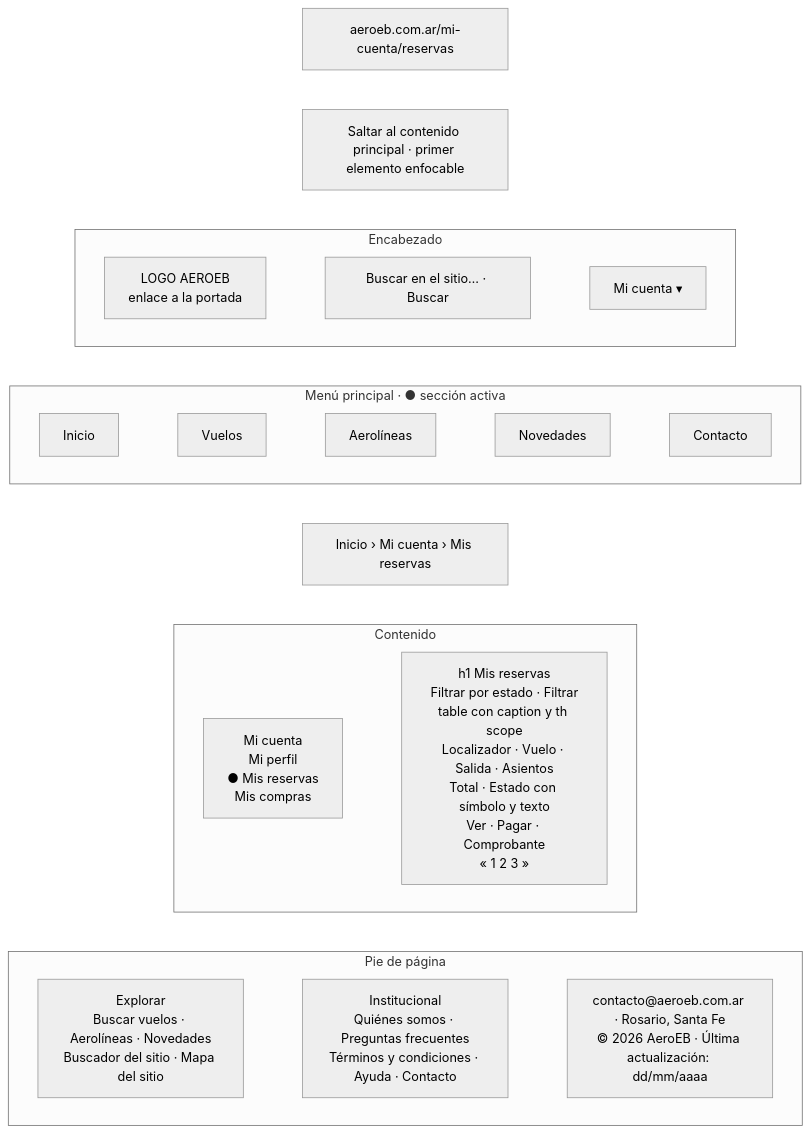
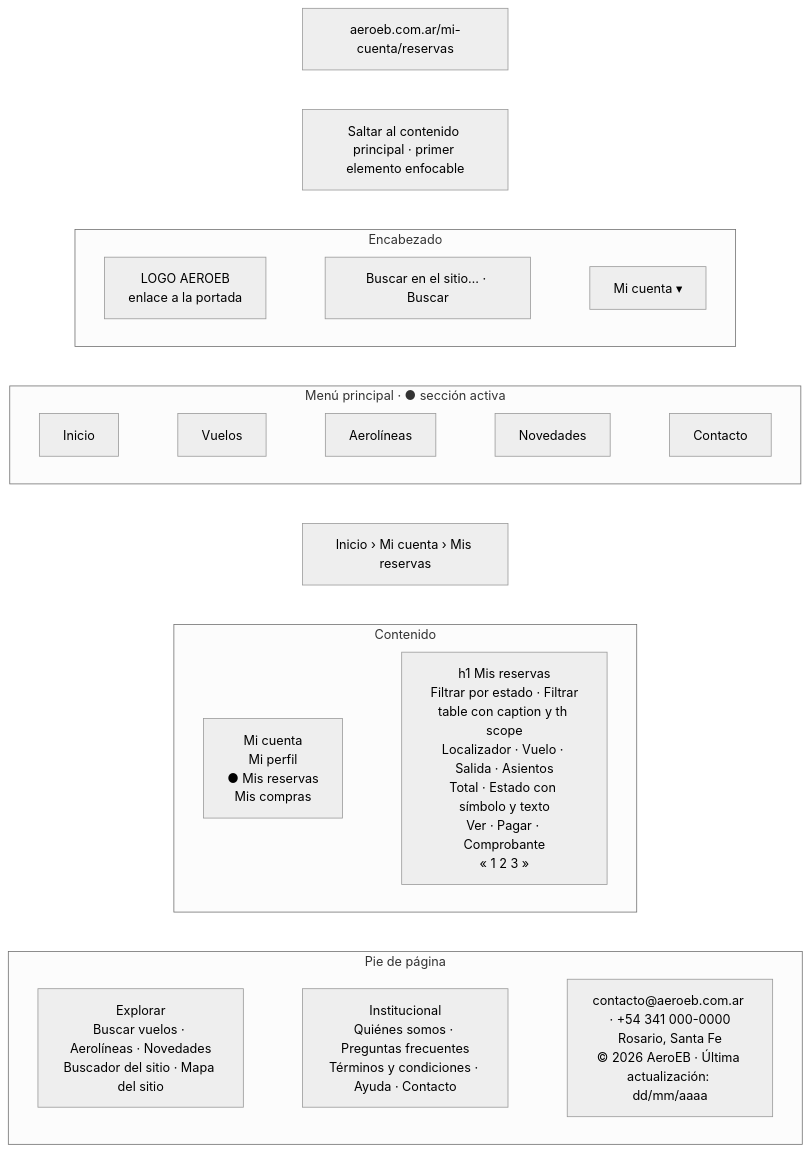
The eighth of 12 diagrams in docs/bocetos/01-wireframes/README.md (tizimessina/entornos-graficos-messina-costantini-burgos-beccaria), drawn with Mermaid before and after one commit. The commit also changed other lines of this file and 16 other files, not shown here.

````diff
--- a/docs/bocetos/01-wireframes/README.md
+++ b/docs/bocetos/01-wireframes/README.md
@@ -289,24 +289,24 @@
 ```mermaid
 %%{init: {'theme': 'neutral'}}%%
 flowchart TB
     url["aeroeb.com.ar/mi-cuenta/reservas"]
     salto["Saltar al contenido principal · primer elemento enfocable"]
     subgraph enc["Encabezado"]
         direction LR
         logo["LOGO AEROEB<br/>enlace a la portada"] ~~~ buscador["Buscar en el sitio… · Buscar"] ~~~ cuenta["Mi cuenta ▾"]
     end
     subgraph menu["Menú principal · ● sección activa"]
         direction LR
         m0["Inicio"] ~~~ m1["Vuelos"] ~~~ m2["Aerolíneas"] ~~~ m3["Novedades"] ~~~ m4["Contacto"]
     end
     migas["Inicio › Mi cuenta › Mis reservas"]
     subgraph cont["Contenido"]
         direction LR
         lateral["Mi cuenta<br/>Mi perfil<br/>● Mis reservas<br/>Mis compras"] ~~~ main["h1 Mis reservas<br/>Filtrar por estado · Filtrar<br/>table con caption y th scope<br/>Localizador · Vuelo · Salida · Asientos<br/>Total · Estado con símbolo y texto<br/>Ver · Pagar · Comprobante<br/>« 1 2 3 »"]
     end
     subgraph pie["Pie de página"]
         direction LR
-        explorar["Explorar<br/>Buscar vuelos · Aerolíneas · Novedades<br/>Buscador del sitio · Mapa del sitio"] ~~~ institucional["Institucional<br/>Quiénes somos · Preguntas frecuentes<br/>Términos y condiciones · Ayuda · Contacto"] ~~~ legal["contacto@aeroeb.com.ar · Rosario, Santa Fe<br/>© 2026 AeroEB · Última actualización: dd/mm/aaaa"]
+        explorar["Explorar<br/>Buscar vuelos · Aerolíneas · Novedades<br/>Buscador del sitio · Mapa del sitio"] ~~~ institucional["Institucional<br/>Quiénes somos · Preguntas frecuentes<br/>Términos y condiciones · Ayuda · Contacto"] ~~~ legal["contacto@aeroeb.com.ar · +54 341 000-0000<br/>Rosario, Santa Fe<br/>© 2026 AeroEB · Última actualización: dd/mm/aaaa"]
     end
     url ~~~ salto ~~~ enc ~~~ menu ~~~ migas ~~~ cont ~~~ pie
 ```
````
